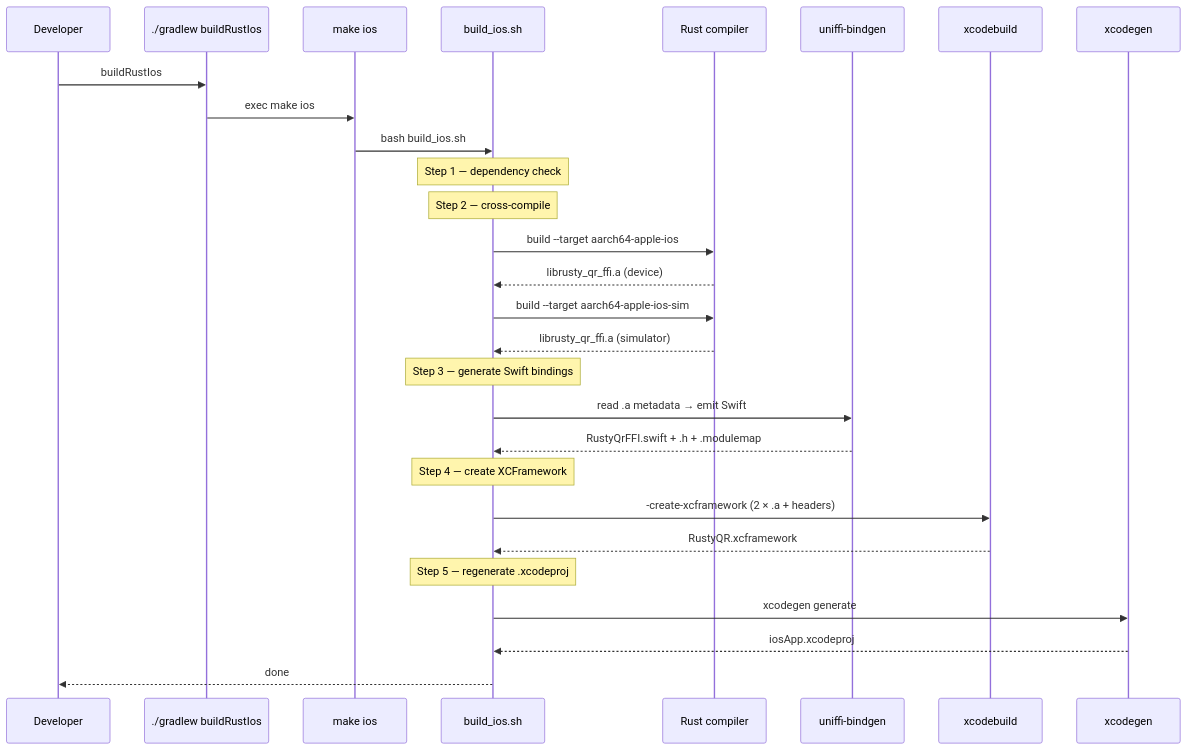
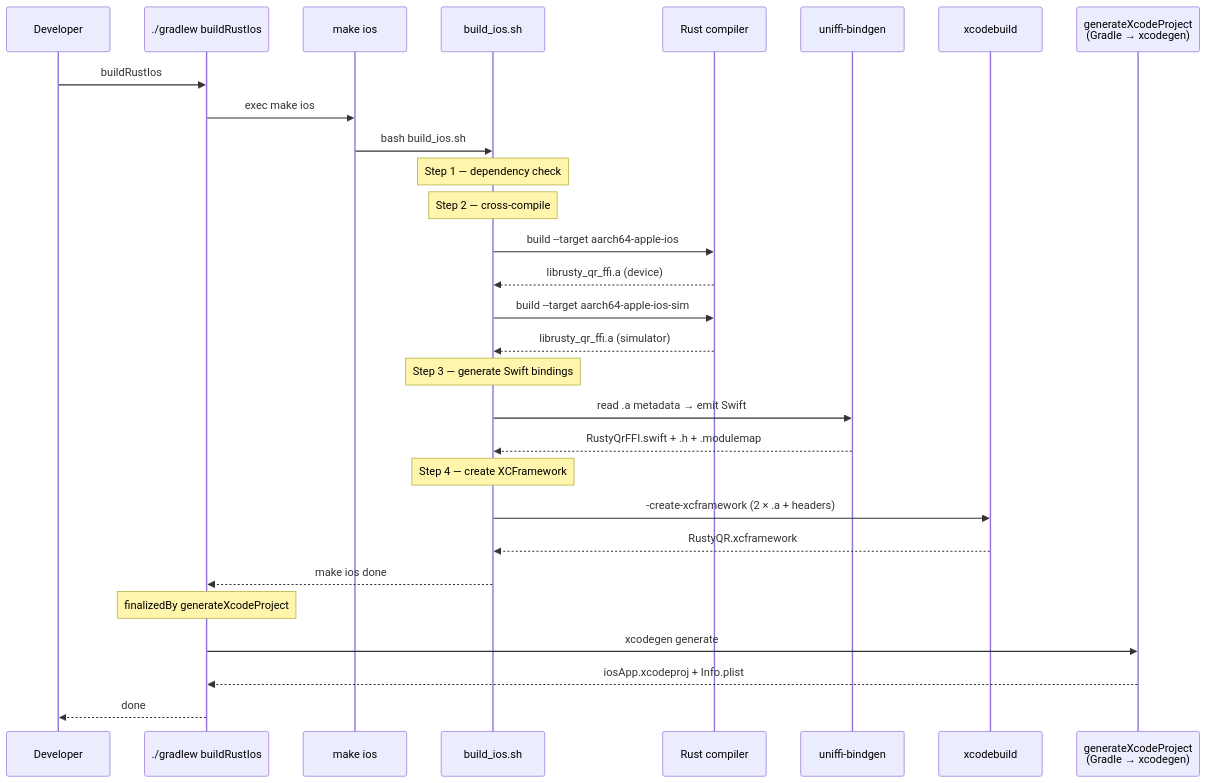
The first of 2 diagrams in iosApp/README.md (prasannajeet/RustyQR), drawn with Mermaid before and after one commit. The commit also changed other lines of this file and 32 other files, not shown here.

First line of the commit message:
feat(ios): implementation of ios app

````diff
--- a/iosApp/README.md
+++ b/iosApp/README.md
@@ -203,36 +209,38 @@
 ```mermaid
 sequenceDiagram
     participant Dev as Developer
     participant G as ./gradlew buildRustIos
     participant M as make ios
     participant S as build_ios.sh
     participant Cargo as Rust compiler
     participant UB as uniffi-bindgen
     participant XCB as xcodebuild
-    participant XCG as xcodegen
+    participant XCG as generateXcodeProject<br/>(Gradle → xcodegen)
 
     Dev->>G: buildRustIos
     G->>M: exec make ios
     M->>S: bash build_ios.sh
 
     Note over S: Step 1 — dependency check
     Note over S: Step 2 — cross-compile
     S->>Cargo: build --target aarch64-apple-ios
     Cargo-->>S: librusty_qr_ffi.a (device)
     S->>Cargo: build --target aarch64-apple-ios-sim
     Cargo-->>S: librusty_qr_ffi.a (simulator)
 
     Note over S: Step 3 — generate Swift bindings
     S->>UB: read .a metadata → emit Swift
     UB-->>S: RustyQrFFI.swift + .h + .modulemap
 
     Note over S: Step 4 — create XCFramework
     S->>XCB: -create-xcframework (2 × .a + headers)
     XCB-->>S: RustyQR.xcframework
 
-    Note over S: Step 5 — regenerate .xcodeproj
-    S->>XCG: xcodegen generate
-    XCG-->>S: iosApp.xcodeproj
+    S-->>G: make ios done
 
-    S-->>Dev: done
+    Note over G: finalizedBy generateXcodeProject
+    G->>XCG: xcodegen generate
+    XCG-->>G: iosApp.xcodeproj + Info.plist
+
+    G-->>Dev: done
 ```
````
